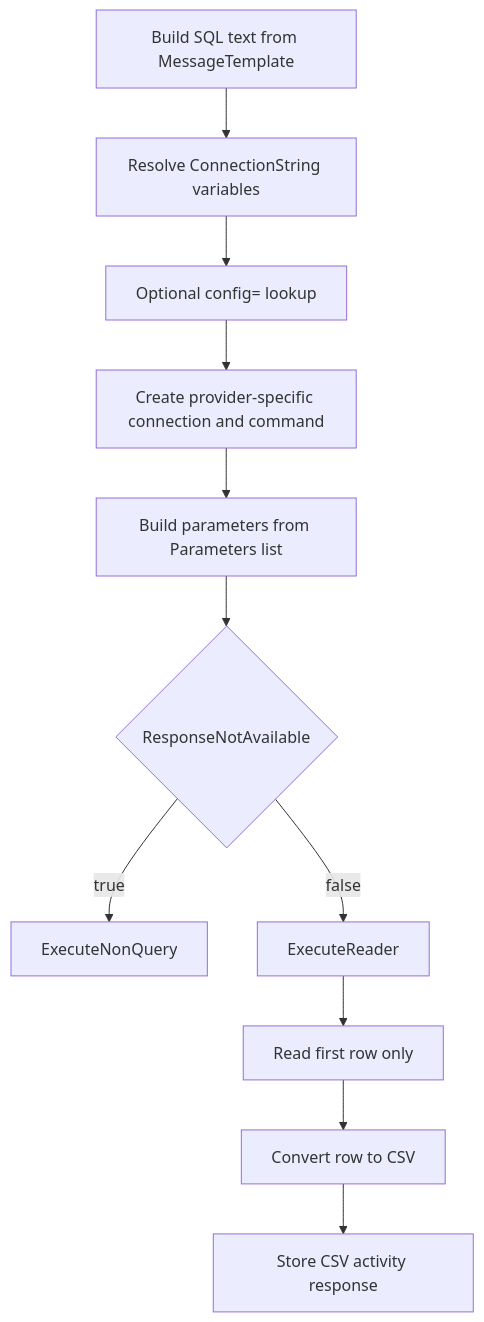
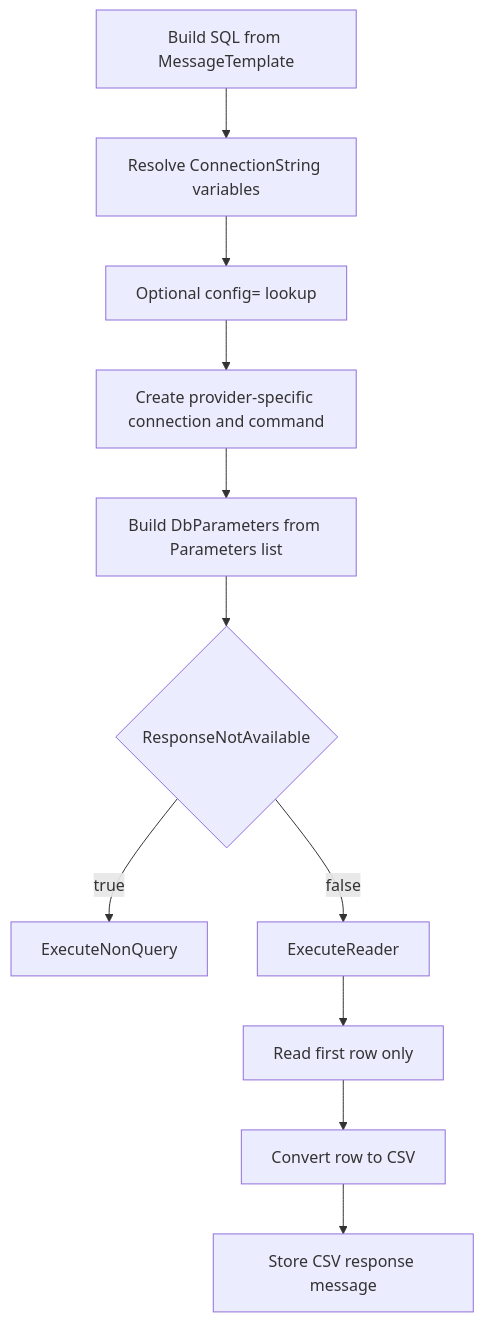
The diagram in docs/workflow/sender-activities/database-query.md (IntegrationSoup/Documentation), drawn with Mermaid before and after one commit. The commit also changed other lines of this file and 10 other files, not shown here.

````diff
--- a/docs/workflow/sender-activities/database-query.md
+++ b/docs/workflow/sender-activities/database-query.md
@@ -11,13 +12,13 @@
 ```mermaid
 flowchart TD
-    A[Build SQL text from MessageTemplate] --> B[Resolve ConnectionString variables]
+    A[Build SQL from MessageTemplate] --> B[Resolve ConnectionString variables]
     B --> C[Optional config= lookup]
     C --> D[Create provider-specific connection and command]
-    D --> E[Build parameters from Parameters list]
+    D --> E[Build DbParameters from Parameters list]
     E --> F{ResponseNotAvailable}
     F -- true --> G[ExecuteNonQuery]
     F -- false --> H[ExecuteReader]
     H --> I[Read first row only]
     I --> J[Convert row to CSV]
-    J --> K[Store CSV activity response]
+    J --> K[Store CSV response message]
 ```
````
